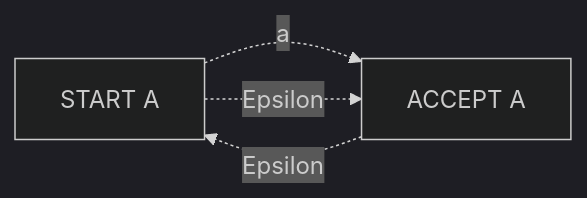
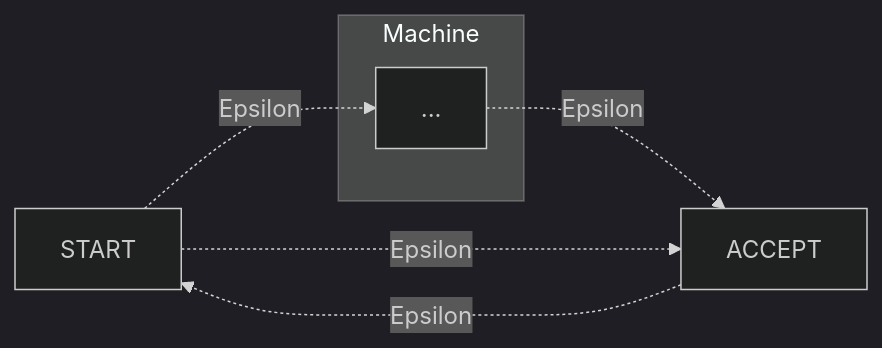
The sixth of 6 diagrams in content/Classes/CMSC330/Automata Theory.md (shuyelin06/Obsidian-Notes), drawn with Mermaid (dark theme) before and after one commit. The commit also changed other lines of this file and 2 other files, not shown here.

````diff
--- a/content/Classes/CMSC330/Automata Theory.md
+++ b/content/Classes/CMSC330/Automata Theory.md
@@ -275,8 +173,14 @@
-```mermaid
-graph LR
-      a1[START A] -. a .->
-      a2[ACCEPT A];
+   ```mermaid
+   graph LR
+      start[START];
+      accept[ACCEPT];
 
-      a2 -. Epsilon .-> a1;
-      a1 -. Epsilon .-> a2; 
-```
+      subgraph Machine
+            n1[...]
+      end
+      
+      start -. Epsilon .-> n1;
+      n1 -. Epsilon .-> accept;
+      accept -. Epsilon .-> start;
+      start -. Epsilon .-> accept;
+   ```
````
